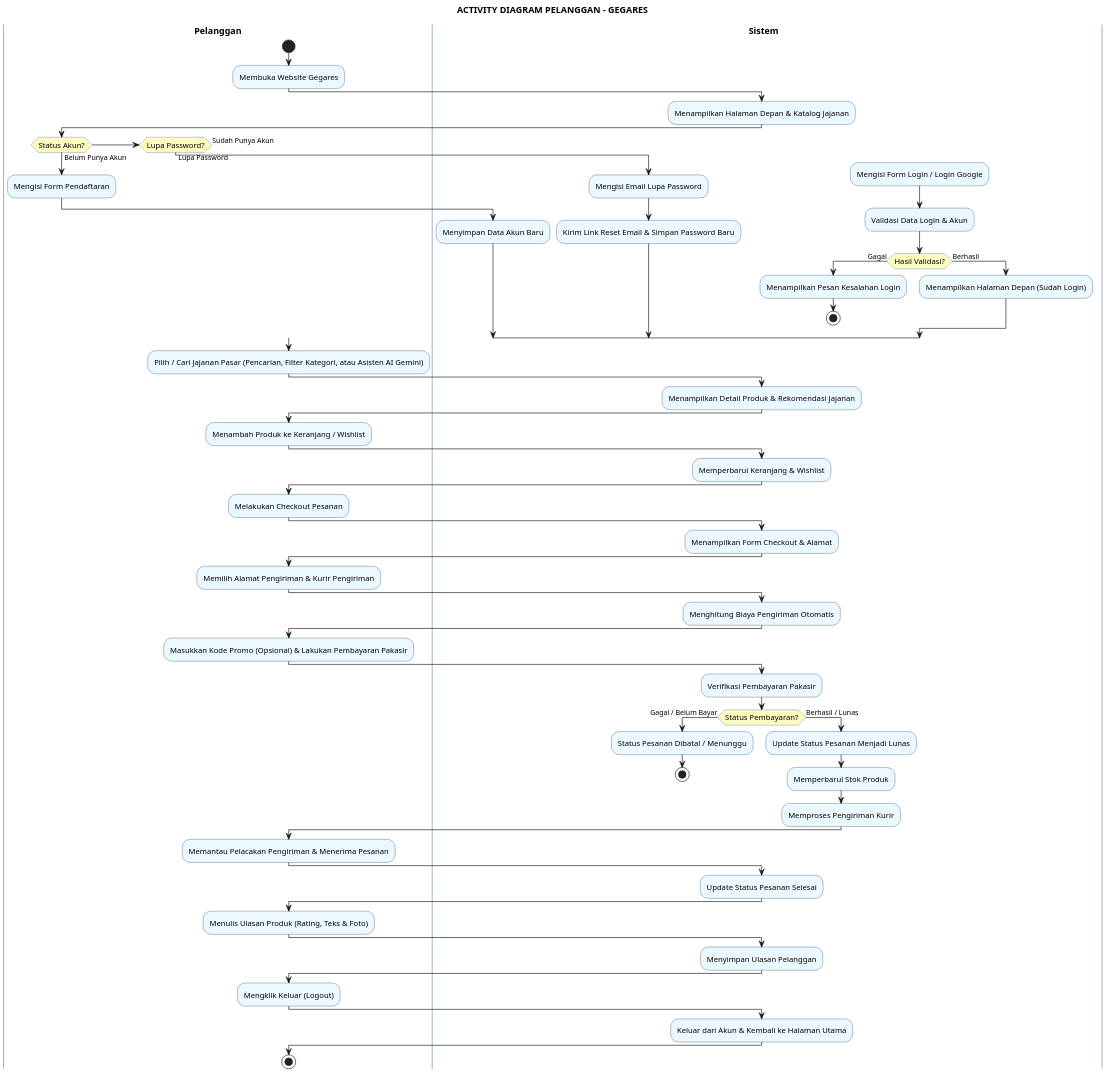
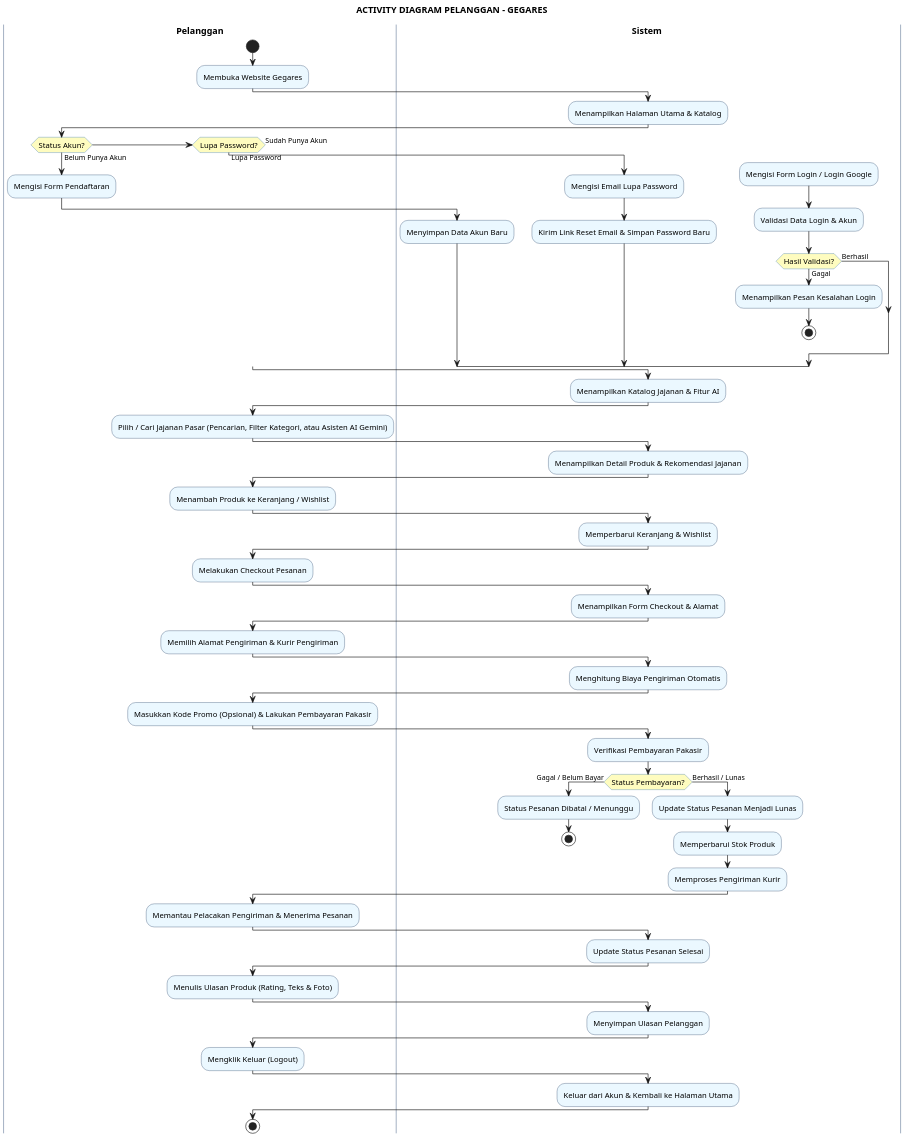
The diagram in activity_diagram_pelanggan.puml (greedykid/gegares_toko), drawn with PlantUML before and after one commit. The commit also changed 5 other files, not shown here.

Commit message:
fix(diagram): add explicit incoming arrow to product search activity from catalog display

```diff
--- a/activity_diagram_pelanggan.puml
+++ b/activity_diagram_pelanggan.puml
@@ -1,102 +1,104 @@
 @startuml
 skinparam dpi 180
 skinparam defaultFontName "SansSerif"
 skinparam ActivityFontSize 12
 skinparam ActivityBorderColor #1A365D
 skinparam ActivityBackgroundColor #EBF8FF
 skinparam ActivityDiamondBorderColor #2B6CB0
 skinparam ActivityDiamondBackgroundColor #FEFCBF
 skinparam SwimlaneTitleFontSize 14
 skinparam SwimlaneTitleFontStyle bold
 skinparam SwimlaneBorderColor #A0AEC0
 skinparam SwimlaneWidth 280
 
 title **ACTIVITY DIAGRAM PELANGGAN - GEGARES**
 
 |Pelanggan|
 start
 :Membuka Website Gegares;
 
 |Sistem|
-:Menampilkan Halaman Depan & Katalog Jajanan;
+:Menampilkan Halaman Utama & Katalog;
 
 |Pelanggan|
 if (Status Akun?) then (Belum Punya Akun)
   :Mengisi Form Pendaftaran;
   |Sistem|
   :Menyimpan Data Akun Baru;
 else if (Lupa Password?) then (Lupa Password)
   :Mengisi Email Lupa Password;
   |Sistem|
   :Kirim Link Reset Email & Simpan Password Baru;
 else (Sudah Punya Akun)
   :Mengisi Form Login / Login Google;
   |Sistem|
   :Validasi Data Login & Akun;
   if (Hasil Validasi?) then (Gagal)
     :Menampilkan Pesan Kesalahan Login;
     stop
   else (Berhasil)
-    :Menampilkan Halaman Depan (Sudah Login);
   endif
 endif
+
+|Sistem|
+:Menampilkan Katalog Jajanan & Fitur AI;
 
 |Pelanggan|
 :Pilih / Cari Jajanan Pasar (Pencarian, Filter Kategori, atau Asisten AI Gemini);
 
 |Sistem|
 :Menampilkan Detail Produk & Rekomendasi Jajanan;
 
 |Pelanggan|
 :Menambah Produk ke Keranjang / Wishlist;
 
 |Sistem|
 :Memperbarui Keranjang & Wishlist;
 
 |Pelanggan|
 :Melakukan Checkout Pesanan;
 
 |Sistem|
 :Menampilkan Form Checkout & Alamat;
 
 |Pelanggan|
 :Memilih Alamat Pengiriman & Kurir Pengiriman;
 
 |Sistem|
 :Menghitung Biaya Pengiriman Otomatis;
 
 |Pelanggan|
 :Masukkan Kode Promo (Opsional) & Lakukan Pembayaran Pakasir;
 
 |Sistem|
 :Verifikasi Pembayaran Pakasir;
 if (Status Pembayaran?) then (Gagal / Belum Bayar)
   :Status Pesanan Dibatal / Menunggu;
   stop
 else (Berhasil / Lunas)
   :Update Status Pesanan Menjadi Lunas;
   :Memperbarui Stok Produk;
   :Memproses Pengiriman Kurir;
 endif
 
 |Pelanggan|
 :Memantau Pelacakan Pengiriman & Menerima Pesanan;
 
 |Sistem|
 :Update Status Pesanan Selesai;
 
 |Pelanggan|
 :Menulis Ulasan Produk (Rating, Teks & Foto);
 
 |Sistem|
 :Menyimpan Ulasan Pelanggan;
 
 |Pelanggan|
 :Mengklik Keluar (Logout);
 
 |Sistem|
 :Keluar dari Akun & Kembali ke Halaman Utama;
 
 |Pelanggan|
 stop
 @enduml
```
